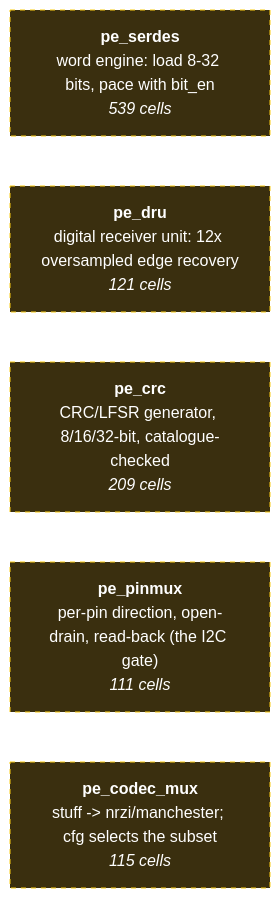
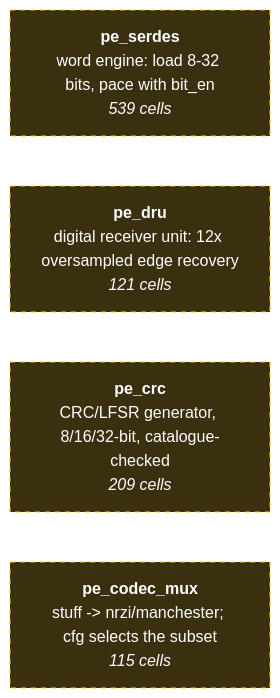
Before and after one commit to smprather/janestreet-blog-serial-protocol-emulator: the second of 2 diagrams in wiki/reference/block-diagram.md, drawn with Mermaid. The commit also changed other lines of this file and 2 other files, not shown here.

````diff
--- a/wiki/reference/block-diagram.md
+++ b/wiki/reference/block-diagram.md
@@ -65,10 +65,9 @@
 ```mermaid
 flowchart LR
     pe_serdes["<b>pe_serdes</b><br/>word engine: load 8-32 bits, pace with bit_en<br/><i>539 cells</i>"]
     pe_dru["<b>pe_dru</b><br/>digital receiver unit: 12x oversampled edge recovery<br/><i>121 cells</i>"]
     pe_crc["<b>pe_crc</b><br/>CRC/LFSR generator, 8/16/32-bit, catalogue-checked<br/><i>209 cells</i>"]
-    pe_pinmux["<b>pe_pinmux</b><br/>per-pin direction, open-drain, read-back (the I2C gate)<br/><i>111 cells</i>"]
     pe_codec_mux["<b>pe_codec_mux</b><br/>stuff -> nrzi/manchester; cfg selects the subset<br/><i>115 cells</i>"]
     classDef orphan fill:#3a2f0f,stroke:#facc15,color:#fff,stroke-dasharray: 5 5
-    class pe_serdes,pe_dru,pe_crc,pe_pinmux,pe_codec_mux orphan
+    class pe_serdes,pe_dru,pe_crc,pe_codec_mux orphan
 ```
````
